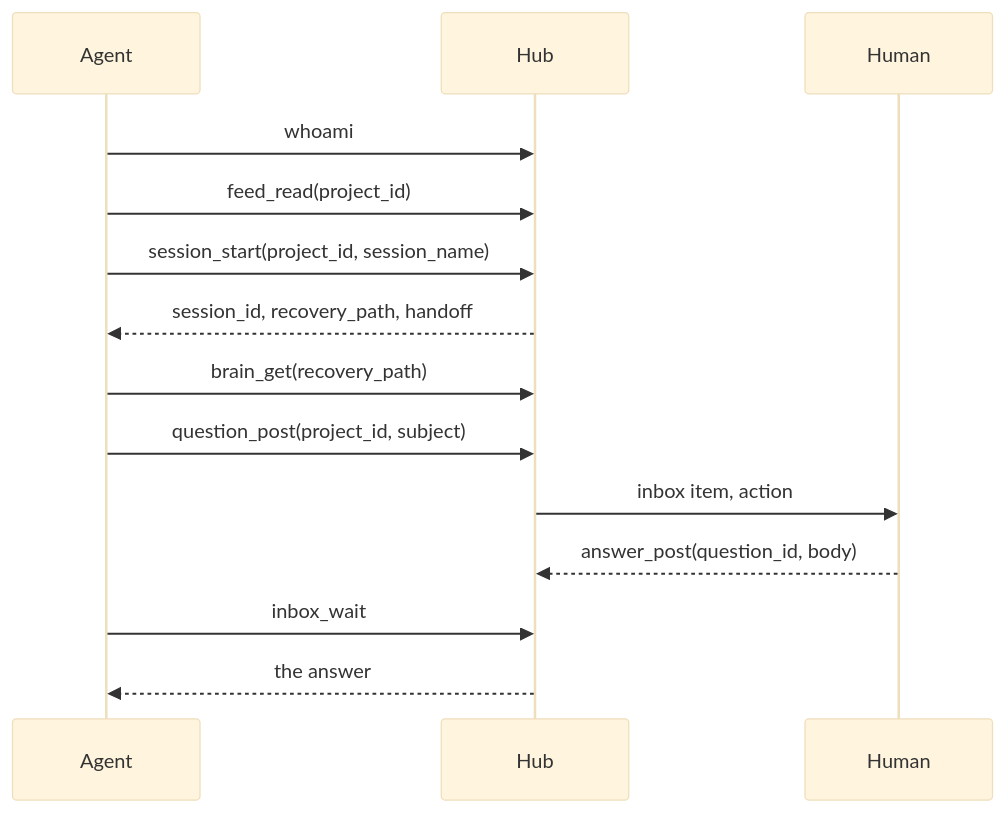
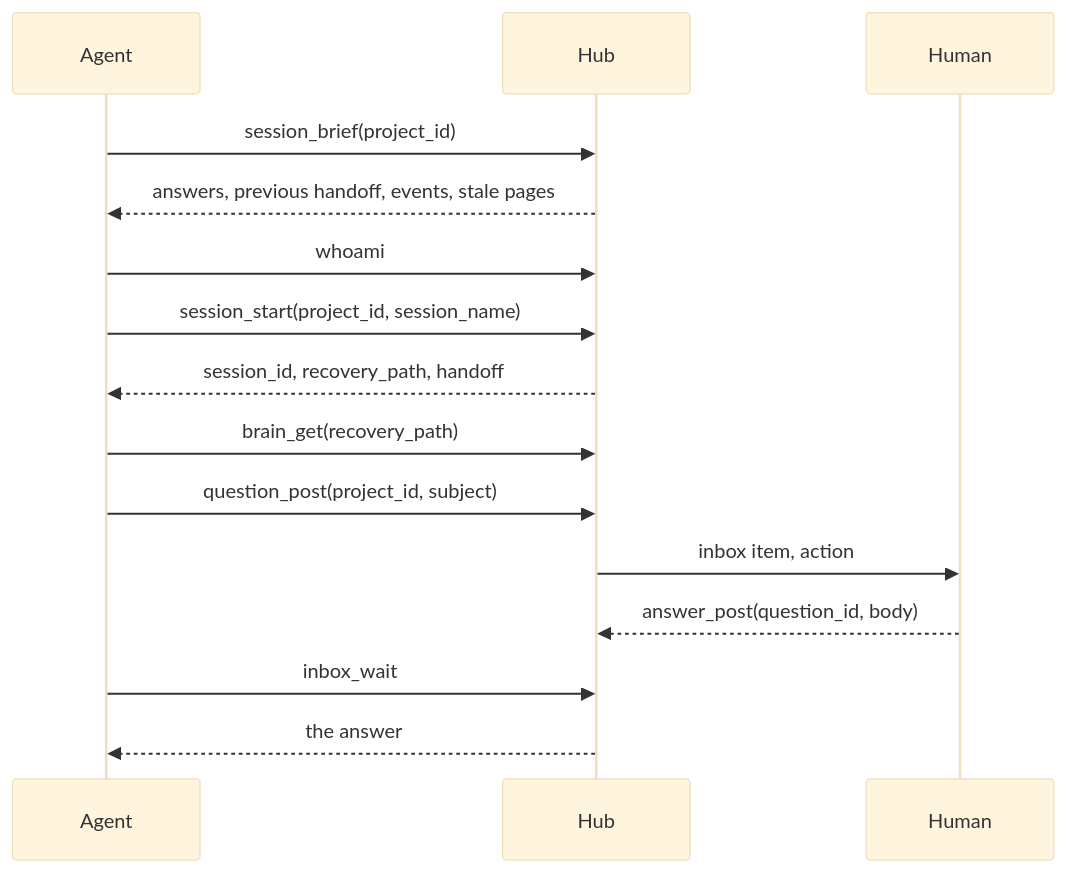
The diagram in docs/architecture/agent-surface.md (abn/agent-hub), drawn with Mermaid (base theme) before and after one commit. The commit also changed other lines of this file and 13 other files, not shown here.

````diff
--- a/docs/architecture/agent-surface.md
+++ b/docs/architecture/agent-surface.md
@@ -15,16 +15,17 @@
 ```mermaid
 sequenceDiagram
   participant A as Agent
   participant H as Hub
   participant P as Human
+  A->>H: session_brief(project_id)
+  H-->>A: answers, previous handoff, events, stale pages
   A->>H: whoami
-  A->>H: feed_read(project_id)
   A->>H: session_start(project_id, session_name)
   H-->>A: session_id, recovery_path, handoff
   A->>H: brain_get(recovery_path)
   A->>H: question_post(project_id, subject)
   H->>P: inbox item, action
   P-->>H: answer_post(question_id, body)
   A->>H: inbox_wait
   H-->>A: the answer
 ```
````
